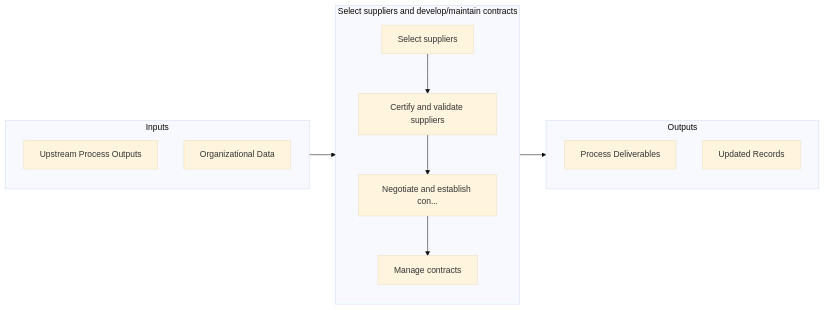
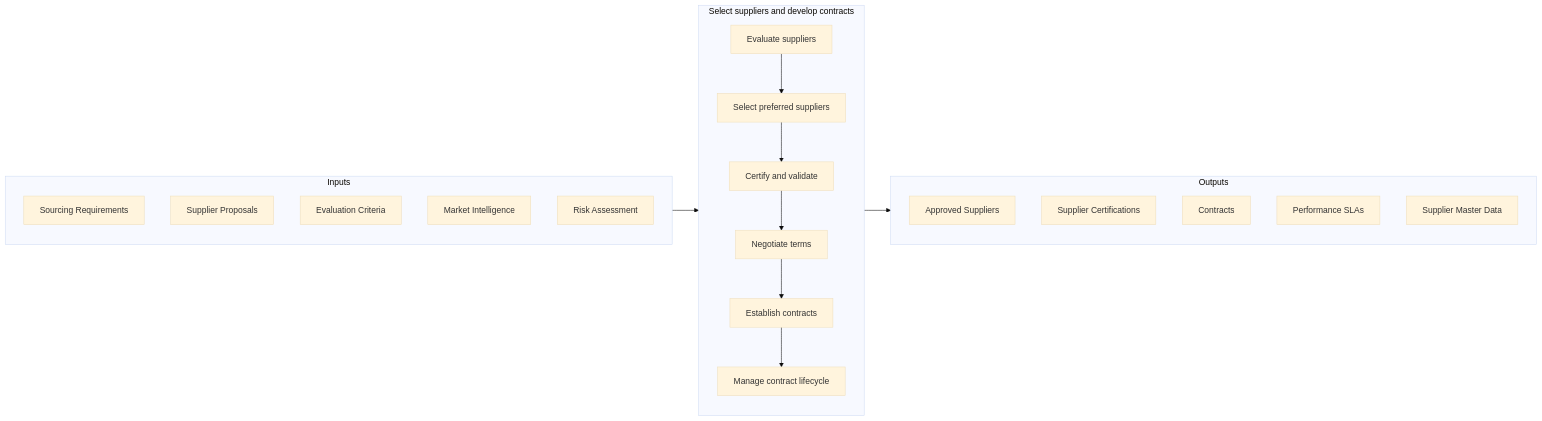
One commit to kziemski/business.org.ai changed the second of 2 diagrams in processes/04-Delivery/4.2-ProcureMaterialsServices/4.2.2-SelectSuppliersDevelopmaintainContracts/index.mdx. Above: the diagram before and after it, drawn with Mermaid (base theme). The commit also changed other lines of this file and 885 other files, not shown here.

````diff
--- a/processes/04-Delivery/4.2-ProcureMaterialsServices/4.2.2-SelectSuppliersDevelopmaintainContracts/index.mdx
+++ b/processes/04-Delivery/4.2-ProcureMaterialsServices/4.2.2-SelectSuppliersDevelopmaintainContracts/index.mdx
@@ -62,24 +62,31 @@
 ```mermaid
 flowchart LR
     subgraph Inputs["Inputs"]
-        I1["Upstream Process Outputs"]
-        I2["Organizational Data"]
+        I1["Sourcing Requirements"]
+        I2["Supplier Proposals"]
+        I3["Evaluation Criteria"]
+        I4["Market Intelligence"]
+        I5["Risk Assessment"]
     end
 
-    subgraph Process["Select suppliers and develop/maintain contracts"]
-        S1["Select suppliers"]
-        S2["Certify and validate suppliers"]
-        S3["Negotiate and establish con..."]
-        S4["Manage contracts"]
+    subgraph Process["Select suppliers and develop contracts"]
+        S1["Evaluate suppliers"]
+        S2["Select preferred suppliers"]
+        S3["Certify and validate"]
+        S4["Negotiate terms"]
+        S5["Establish contracts"]
+        S6["Manage contract lifecycle"]
+
+        S1 --> S2 --> S3 --> S4 --> S5 --> S6
     end
 
     subgraph Outputs["Outputs"]
-        O1["Process Deliverables"]
-        O2["Updated Records"]
+        O1["Approved Suppliers"]
+        O2["Supplier Certifications"]
+        O3["Contracts"]
+        O4["Performance SLAs"]
+        O5["Supplier Master Data"]
     end
 
     Inputs --> Process --> Outputs
-    S1 --> S2
-    S2 --> S3
-    S3 --> S4
 ```
````
